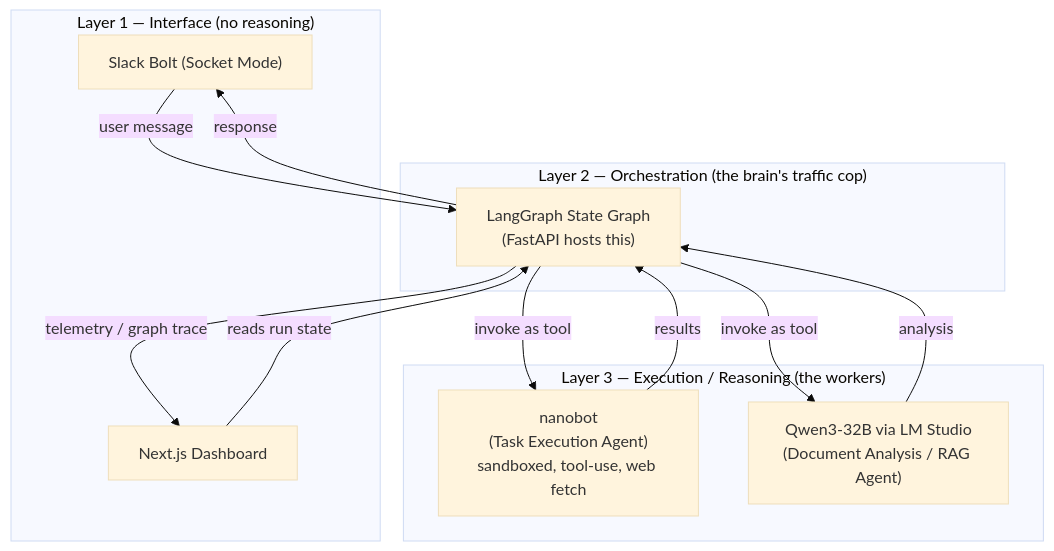
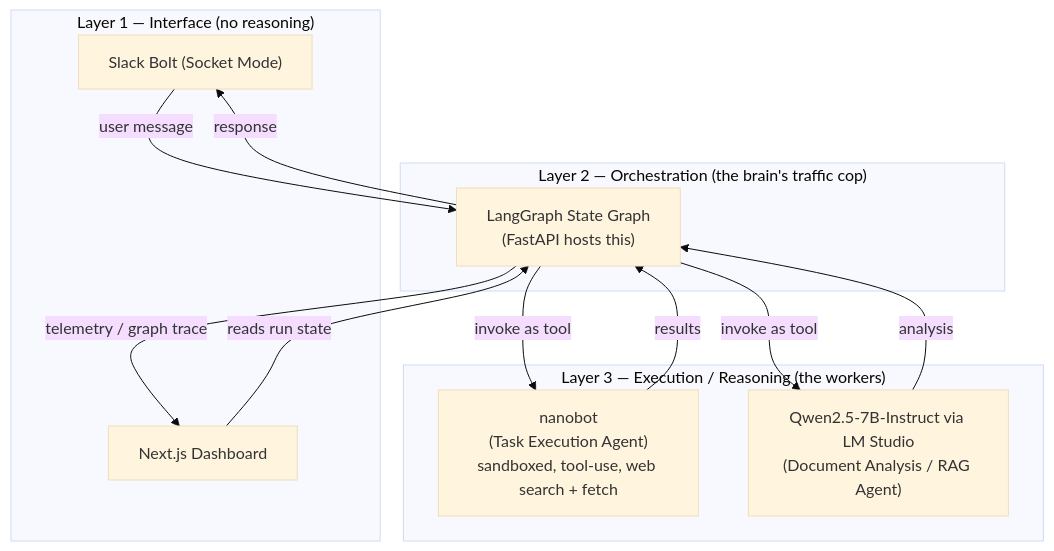
One commit to HareshP31/TeachingAIAgents changed the first of 2 diagrams in docs/project-architecture-plan.md. Above: the diagram before and after it, drawn with Mermaid (base theme). The commit also changed other lines of this file, not shown here.

Commit message:
updated architecture md

````diff
--- a/docs/project-architecture-plan.md
+++ b/docs/project-architecture-plan.md
@@ -20,23 +18,23 @@
 ```mermaid
 flowchart TB
     subgraph Interface["Layer 1 — Interface (no reasoning)"]
         Slack["Slack Bolt (Socket Mode)"]
         Dash["Next.js Dashboard"]
     end
     subgraph Orchestration["Layer 2 — Orchestration (the brain's traffic cop)"]
         LG["LangGraph State Graph\n(FastAPI hosts this)"]
     end
     subgraph Execution["Layer 3 — Execution / Reasoning (the workers)"]
-        NB["nanobot\n(Task Execution Agent)\nsandboxed, tool-use, web fetch"]
-        QW["Qwen3-32B via LM Studio\n(Document Analysis / RAG Agent)"]
+        NB["nanobot\n(Task Execution Agent)\nsandboxed, tool-use, web search + fetch"]
+        QW["Qwen2.5-7B-Instruct via LM Studio\n(Document Analysis / RAG Agent)"]
     end
 
     Slack -->|user message| LG
     Dash -->|reads run state| LG
     LG -->|invoke as tool| NB
     LG -->|invoke as tool| QW
     NB -->|results| LG
     QW -->|analysis| LG
     LG -->|response| Slack
     LG -->|telemetry / graph trace| Dash
 ```
````
